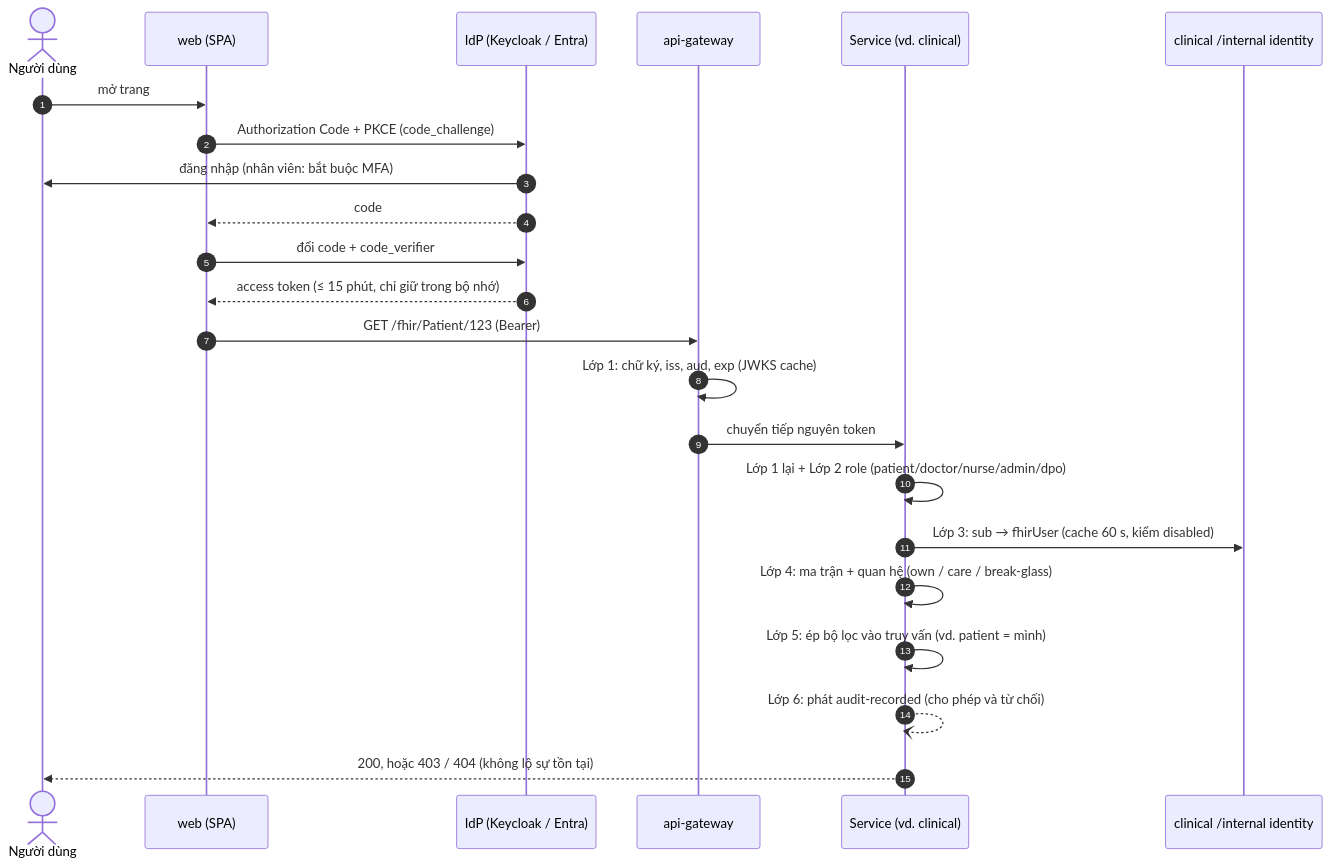
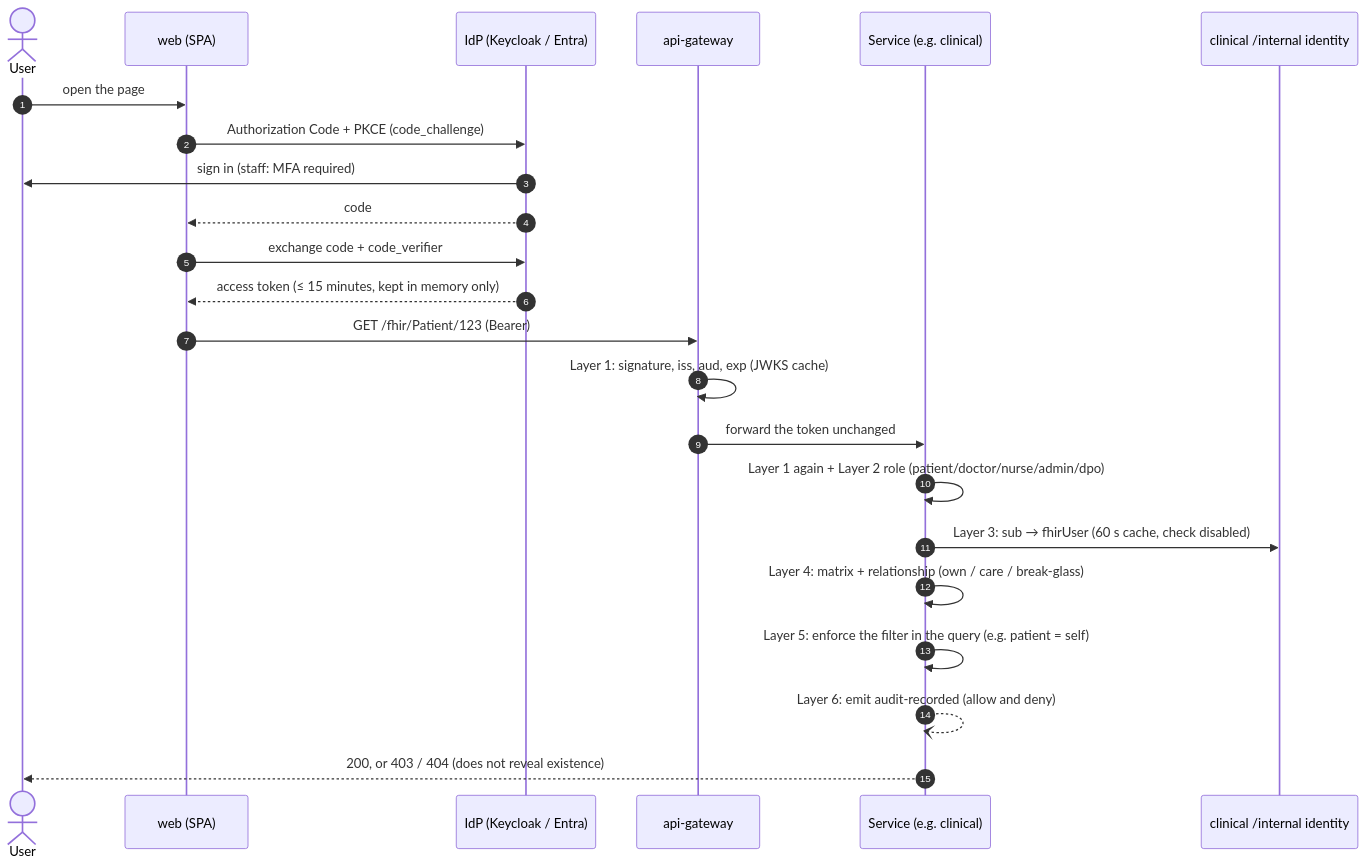
The sixth of 18 diagrams in docs/03-architecture/architecture-diagrams.md (viethung12062005/smart-hospital-platform), drawn with Mermaid before and after one commit. The commit also changed other lines of this file and 346 other files, not shown here.

````diff
--- a/docs/03-architecture/architecture-diagrams.md
+++ b/docs/03-architecture/architecture-diagrams.md
@@ -310,26 +310,26 @@
 ```mermaid
 sequenceDiagram
     autonumber
-    actor U as Người dùng
+    actor U as User
     participant W as web (SPA)
     participant IDP as IdP (Keycloak / Entra)
     participant GW as api-gateway
-    participant S as Service (vd. clinical)
+    participant S as Service (e.g. clinical)
     participant C as clinical /internal identity
 
-    U->>W: mở trang
+    U->>W: open the page
     W->>IDP: Authorization Code + PKCE (code_challenge)
-    IDP->>U: đăng nhập (nhân viên: bắt buộc MFA)
+    IDP->>U: sign in (staff: MFA required)
     IDP-->>W: code
-    W->>IDP: đổi code + code_verifier
-    IDP-->>W: access token (≤ 15 phút, chỉ giữ trong bộ nhớ)
+    W->>IDP: exchange code + code_verifier
+    IDP-->>W: access token (≤ 15 minutes, kept in memory only)
     W->>GW: GET /fhir/Patient/123 (Bearer)
-    GW->>GW: Lớp 1: chữ ký, iss, aud, exp (JWKS cache)
-    GW->>S: chuyển tiếp nguyên token
-    S->>S: Lớp 1 lại + Lớp 2 role (patient/doctor/nurse/admin/dpo)
-    S->>C: Lớp 3: sub → fhirUser (cache 60 s, kiểm disabled)
-    S->>S: Lớp 4: ma trận + quan hệ (own / care / break-glass)
-    S->>S: Lớp 5: ép bộ lọc vào truy vấn (vd. patient = mình)
-    S--)S: Lớp 6: phát audit-recorded (cho phép và từ chối)
-    S-->>U: 200, hoặc 403 / 404 (không lộ sự tồn tại)
+    GW->>GW: Layer 1: signature, iss, aud, exp (JWKS cache)
+    GW->>S: forward the token unchanged
+    S->>S: Layer 1 again + Layer 2 role (patient/doctor/nurse/admin/dpo)
+    S->>C: Layer 3: sub → fhirUser (60 s cache, check disabled)
+    S->>S: Layer 4: matrix + relationship (own / care / break-glass)
+    S->>S: Layer 5: enforce the filter in the query (e.g. patient = self)
+    S--)S: Layer 6: emit audit-recorded (allow and deny)
+    S-->>U: 200, or 403 / 404 (does not reveal existence)
 ```
````
